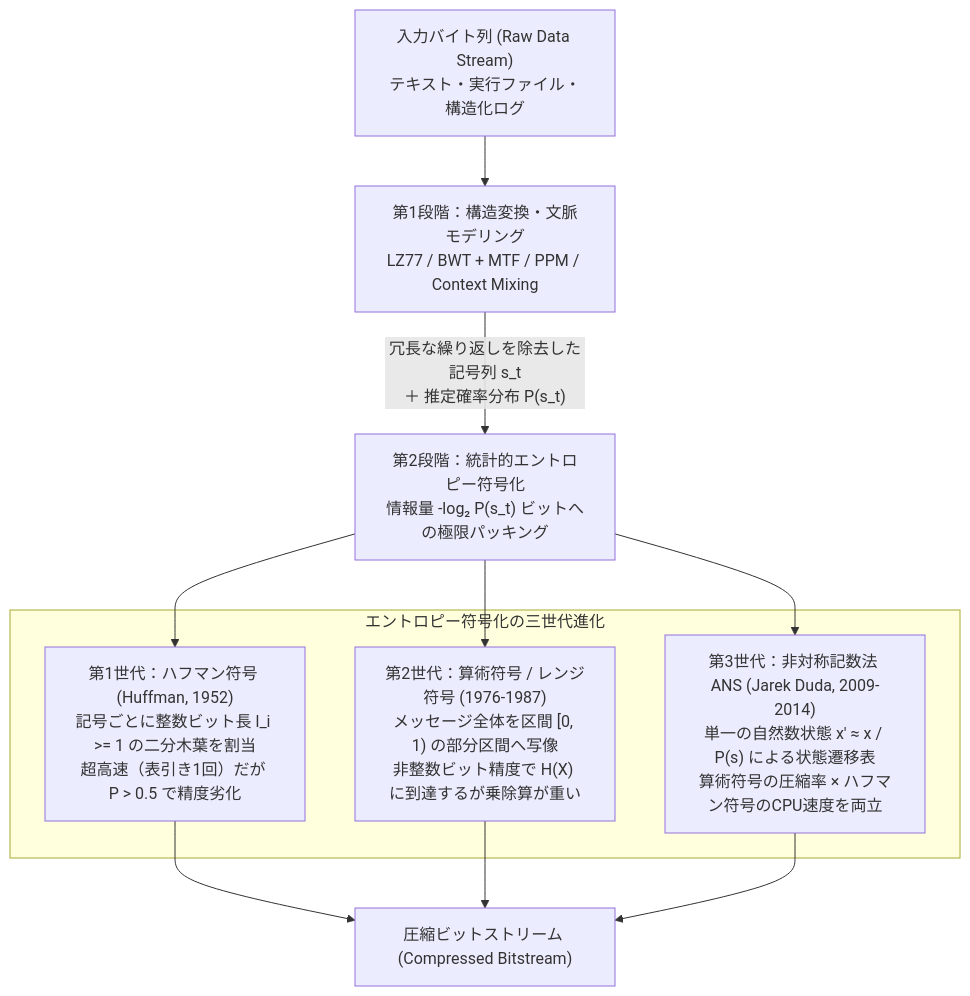
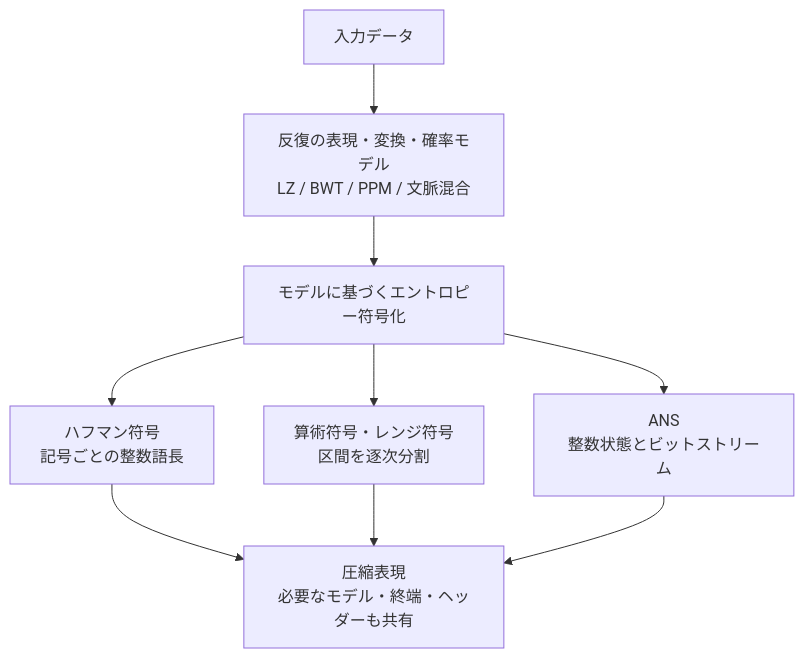
Before and after one commit to kenjinote/blog: the first of 2 diagrams in content/post/lossless-data-compression-shannon-entropy-huffman-lz77-arithmetic-coding-ans/index.ja.md, drawn with Mermaid. The commit also changed other lines of this file and 15 other files, not shown here.

````diff
--- a/content/post/lossless-data-compression-shannon-entropy-huffman-lz77-arithmetic-coding-ans/index.ja.md
+++ b/content/post/lossless-data-compression-shannon-entropy-huffman-lz77-arithmetic-coding-ans/index.ja.md
@@ -157,18 +148,11 @@
 ```mermaid
 flowchart TD
-    Raw["入力バイト列 (Raw Data Stream)<br/>テキスト・実行ファイル・構造化ログ"] --> Model["第1段階：構造変換・文脈モデリング<br/>LZ77 / BWT + MTF / PPM / Context Mixing"]
-    Model -->|"冗長な繰り返しを除去した記号列 s_t<br/>＋ 推定確率分布 P(s_t)"| Entropy["第2段階：統計的エントロピー符号化<br/>情報量 -log₂ P(s_t) ビットへの極限パッキング"]
-
-    subgraph Generations["エントロピー符号化の三世代進化"]
-        Gen1["第1世代：ハフマン符号 (Huffman, 1952)<br/>記号ごとに整数ビット長 l_i >= 1 の二分木葉を割当<br/>超高速（表引き1回）だが P > 0.5 で精度劣化"]
-        Gen2["第2世代：算術符号 / レンジ符号 (1976-1987)<br/>メッセージ全体を区間 [0, 1) の部分区間へ写像<br/>非整数ビット精度で H(X) に到達するが乗除算が重い"]
-        Gen3["第3世代：非対称記数法 ANS (Jarek Duda, 2009-2014)<br/>単一の自然数状態 x' ≈ x / P(s) による状態遷移表<br/>算術符号の圧縮率 × ハフマン符号のCPU速度を両立"]
-    end
-
-    Entropy --> Gen1
-    Entropy --> Gen2
-    Entropy --> Gen3
-    Gen1 --> Out["圧縮ビットストリーム (Compressed Bitstream)"]
-    Gen2 --> Out
-    Gen3 --> Out
+    Raw["入力データ"] --> Model["反復の表現・変換・確率モデル<br/>LZ / BWT / PPM / 文脈混合"]
+    Model --> Entropy["モデルに基づくエントロピー符号化"]
+    Entropy --> Huff["ハフマン符号<br/>記号ごとの整数語長"]
+    Entropy --> Arithmetic["算術符号・レンジ符号<br/>区間を逐次分割"]
+    Entropy --> ANS["ANS<br/>整数状態とビットストリーム"]
+    Huff --> Out["圧縮表現<br/>必要なモデル・終端・ヘッダーも共有"]
+    Arithmetic --> Out
+    ANS --> Out
 ```
````
